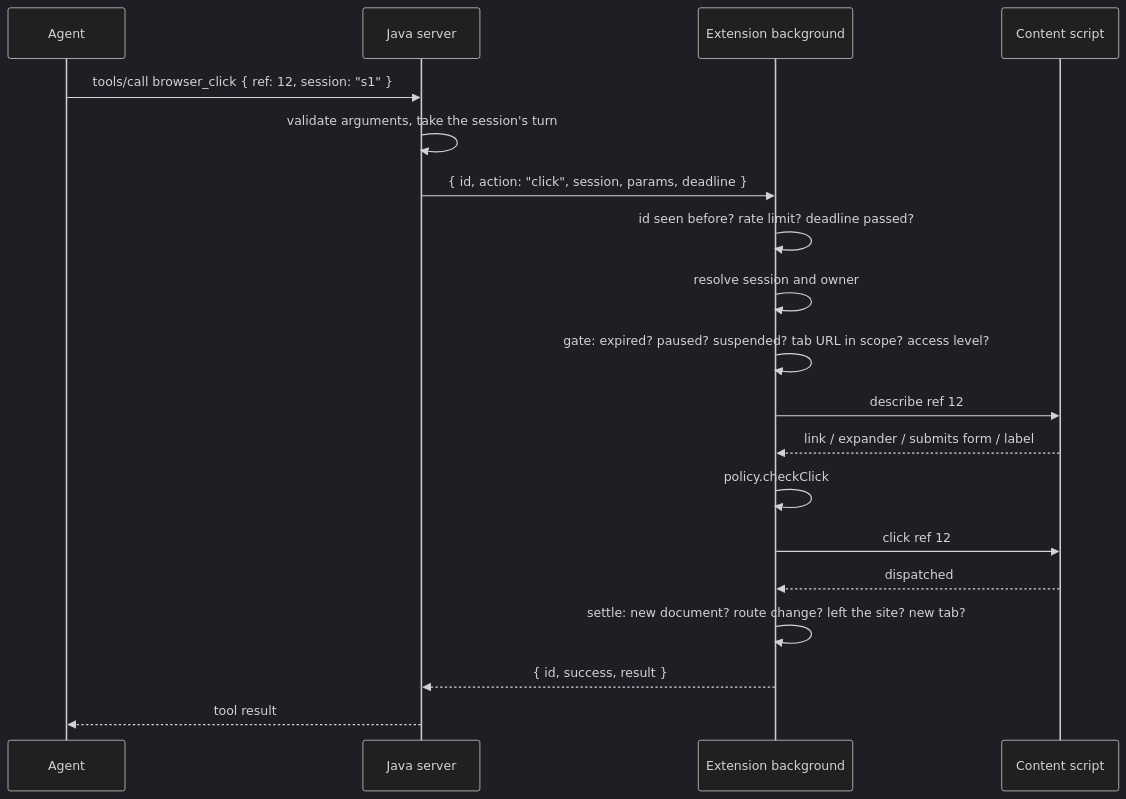
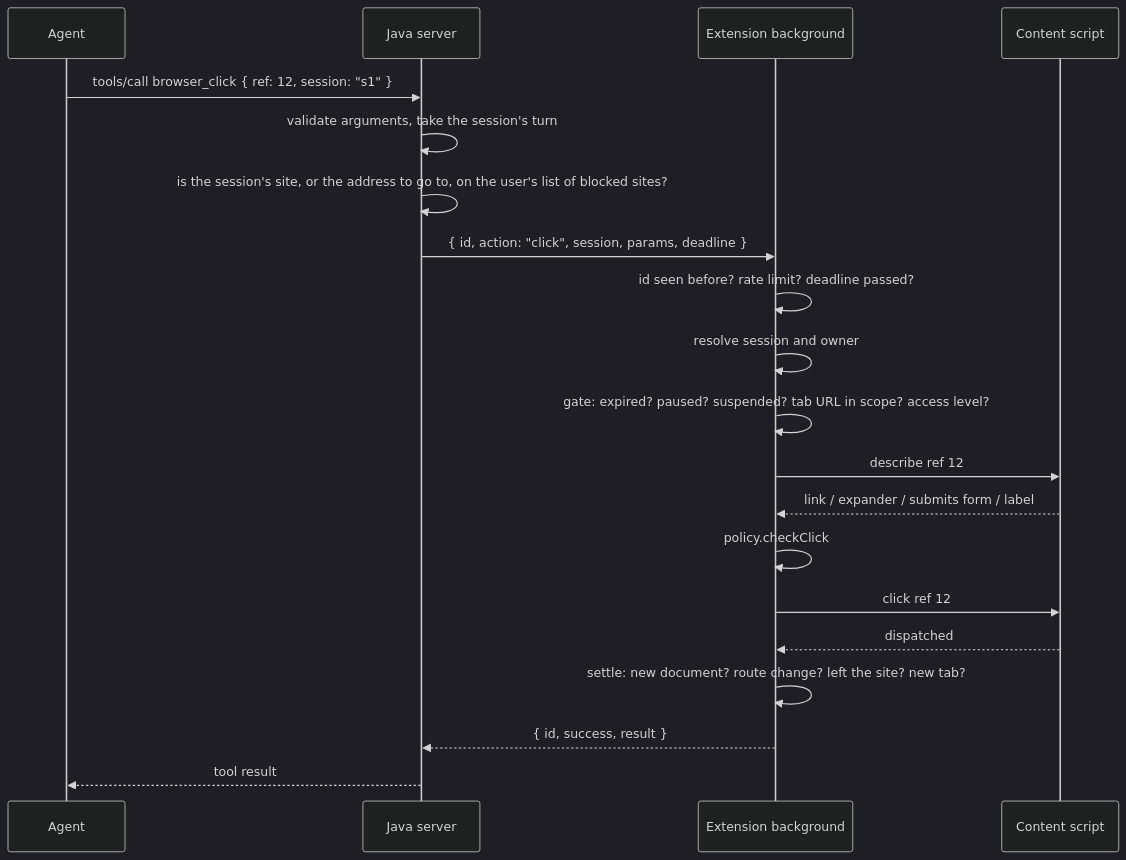
The fourth of 7 diagrams in docs/architecture.md (LaughingManCommits/TabGoblin), drawn with Mermaid (dark theme) before and after one commit. The commit also changed other lines of this file and 39 other files, not shown here.

````diff
--- a/docs/architecture.md
+++ b/docs/architecture.md
@@ -121,21 +121,22 @@
 ```mermaid
 sequenceDiagram
   participant A as Agent
   participant S as Java server
   participant B as Extension background
   participant P as Content script
   A->>S: tools/call browser_click { ref: 12, session: "s1" }
   S->>S: validate arguments, take the session's turn
+  S->>S: is the session's site, or the address to go to, on the user's list of blocked sites?
   S->>B: { id, action: "click", session, params, deadline }
   B->>B: id seen before? rate limit? deadline passed?
   B->>B: resolve session and owner
   B->>B: gate: expired? paused? suspended? tab URL in scope? access level?
   B->>P: describe ref 12
   P-->>B: link / expander / submits form / label
   B->>B: policy.checkClick
   B->>P: click ref 12
   P-->>B: dispatched
   B->>B: settle: new document? route change? left the site? new tab?
   B-->>S: { id, success, result }
   S-->>A: tool result
 ```
````
